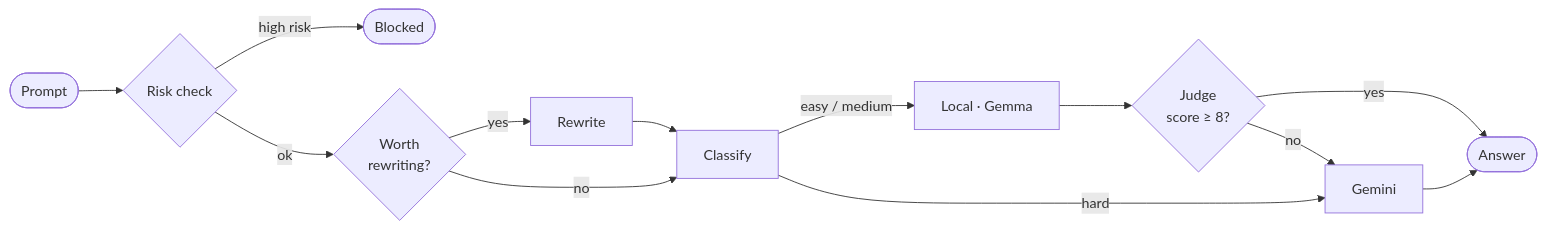
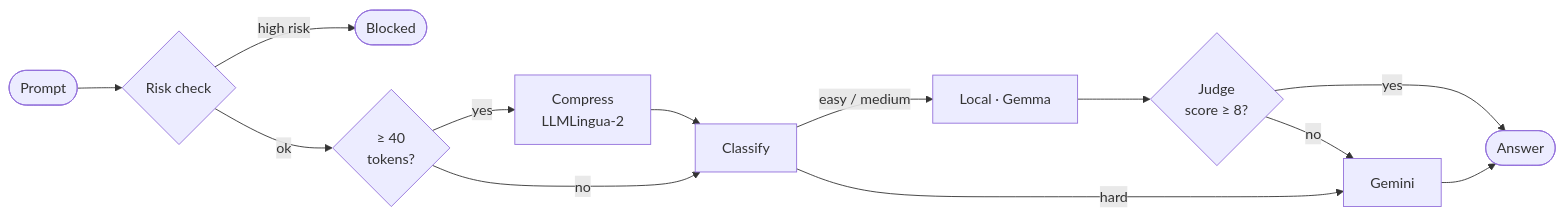
The diagram in README.md (inslot2525-ctrl/Tokeniser), drawn with Mermaid before and after one commit. The commit also changed other lines of this file and 14 other files, not shown here.

````diff
--- a/README.md
+++ b/README.md
@@ -33,15 +33,15 @@
 ```mermaid
 flowchart LR
     P([Prompt]) --> R{Risk check}
     R -- high risk --> B([Blocked])
-    R -- ok --> PL{Worth<br>rewriting?}
-    PL -- yes --> RW[Rewrite]
+    R -- ok --> PL{≥ 40<br>tokens?}
+    PL -- yes --> RW[Compress<br>LLMLingua-2]
     PL -- no --> C
     RW --> C[Classify]
     C -- easy / medium --> L[Local · Gemma]
     C -- hard --> G[Gemini]
     L --> V{Judge<br>score ≥ 8?}
     V -- yes --> O([Answer])
     V -- no --> G
     G --> O
 ```
````
